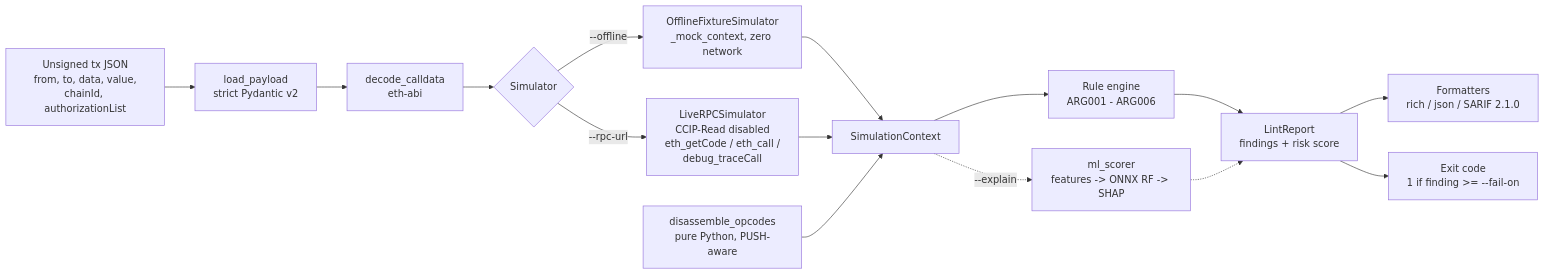
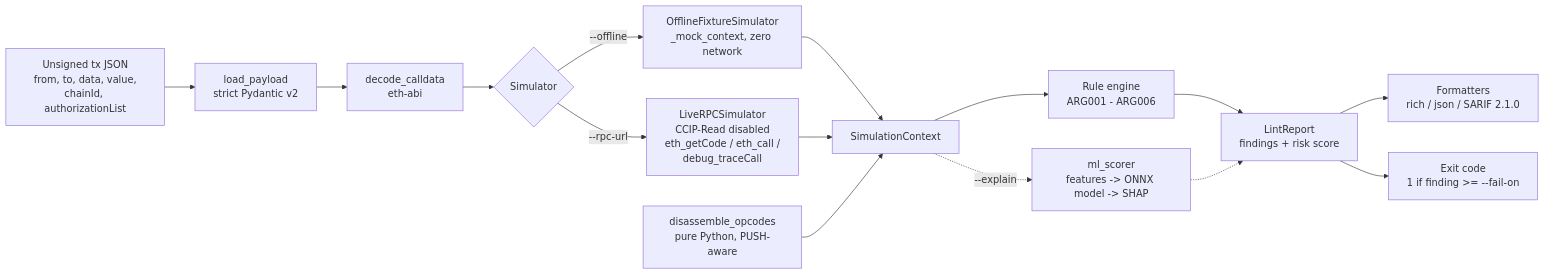
One commit to farvillage/ARGUS changed the diagram in README.md. Above: the diagram before and after it, drawn with Mermaid. The commit also changed other lines of this file, not shown here.

````diff
--- a/README.md
+++ b/README.md
@@ -19,17 +23,17 @@
-```mermaid
+``` mermaid
 flowchart LR
     P[Unsigned tx JSON<br/>from, to, data, value,<br/>chainId, authorizationList] --> L[load_payload<br/>strict Pydantic v2]
     L --> D[decode_calldata<br/>eth-abi]
     D --> S{Simulator}
     S -->|--offline| O[OfflineFixtureSimulator<br/>_mock_context, zero network]
     S -->|--rpc-url| R[LiveRPCSimulator<br/>CCIP-Read disabled<br/>eth_getCode / eth_call /<br/>debug_traceCall]
     O --> C[SimulationContext]
     R --> C
     B[disassemble_opcodes<br/>pure Python, PUSH-aware] --> C
     C --> E[Rule engine<br/>ARG001 - ARG006]
     E --> RP[LintReport<br/>findings + risk score]
-    C -.->|--explain| M[ml_scorer<br/>features -> ONNX RF -> SHAP]
+    C -.->|--explain| M[ml_scorer<br/>features -> ONNX model -> SHAP]
     M -.-> RP
     RP --> F[Formatters<br/>rich / json / SARIF 2.1.0]
     RP --> X[Exit code<br/>1 if finding >= --fail-on]
 ```
````
